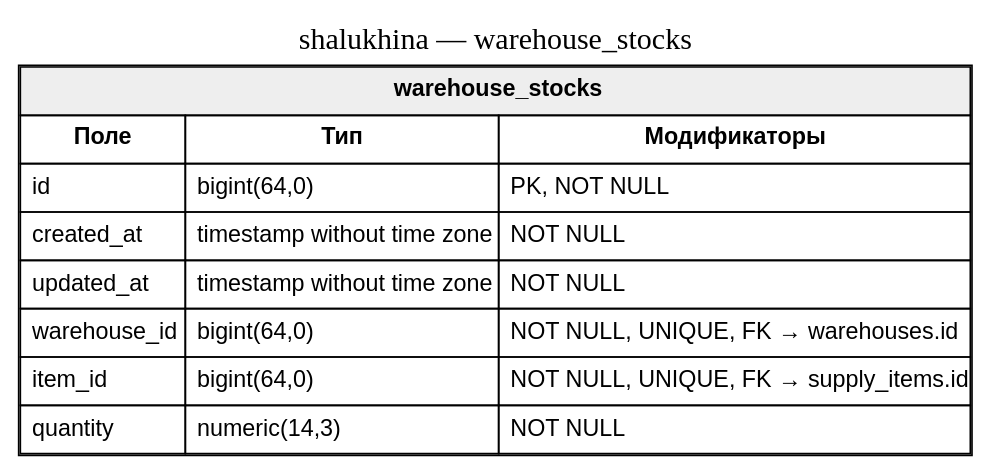
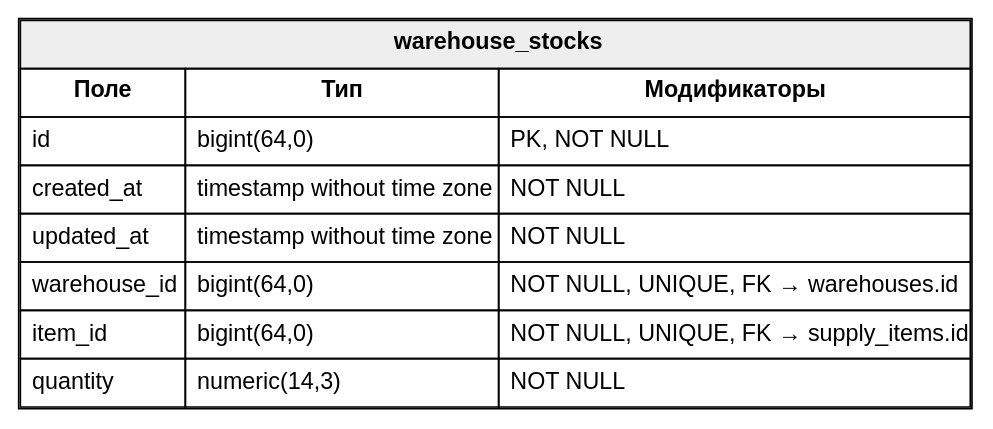
Before and after one commit to diplomas-2026/shalukhina: the diagram in database-screenshots/dot/tables/warehouse_stocks.dot, drawn with Graphviz. The commit also changed 29 other files, not shown here.

Commit message:
Add database schema screenshots

```diff
--- a/database-screenshots/dot/tables/warehouse_stocks.dot
+++ b/database-screenshots/dot/tables/warehouse_stocks.dot
@@ -1,7 +1,5 @@
 digraph single_table {
   graph [rankdir=TB, fontsize=18];
   node [shape=plain, fontname="Arial"];
-  label="shalukhina — warehouse_stocks";
-  labelloc=t;
   "warehouse_stocks" [label=<<TABLE BORDER="1" CELLBORDER="1" CELLSPACING="0" CELLPADDING="6"><TR><TD BGCOLOR="#eeeeee" COLSPAN="3"><B>warehouse_stocks</B></TD></TR><TR><TD><B>Поле</B></TD><TD><B>Тип</B></TD><TD><B>Модификаторы</B></TD></TR><TR><TD ALIGN="LEFT">id</TD><TD ALIGN="LEFT">bigint(64,0)</TD><TD ALIGN="LEFT">PK, NOT NULL</TD></TR><TR><TD ALIGN="LEFT">created_at</TD><TD ALIGN="LEFT">timestamp without time zone</TD><TD ALIGN="LEFT">NOT NULL</TD></TR><TR><TD ALIGN="LEFT">updated_at</TD><TD ALIGN="LEFT">timestamp without time zone</TD><TD ALIGN="LEFT">NOT NULL</TD></TR><TR><TD ALIGN="LEFT">warehouse_id</TD><TD ALIGN="LEFT">bigint(64,0)</TD><TD ALIGN="LEFT">NOT NULL, UNIQUE, FK → warehouses.id</TD></TR><TR><TD ALIGN="LEFT">item_id</TD><TD ALIGN="LEFT">bigint(64,0)</TD><TD ALIGN="LEFT">NOT NULL, UNIQUE, FK → supply_items.id</TD></TR><TR><TD ALIGN="LEFT">quantity</TD><TD ALIGN="LEFT">numeric(14,3)</TD><TD ALIGN="LEFT">NOT NULL</TD></TR></TABLE>>];
 }
```
